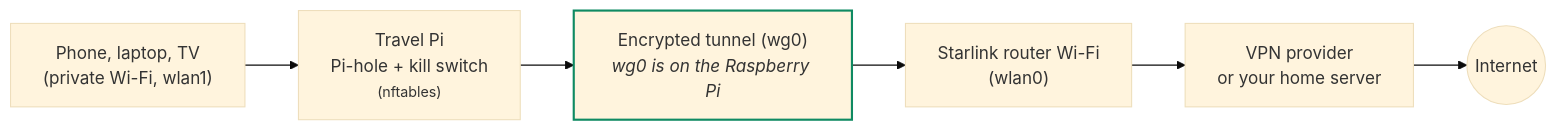
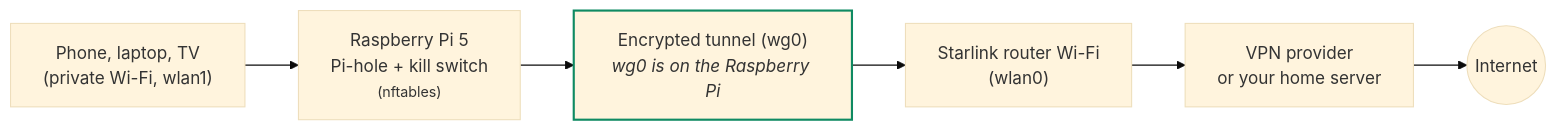
Before and after one commit to Tim-Conroy/RPi-Private-Router: the diagram in travel-vpn/README.md, drawn with Mermaid (base theme). The commit also changed other lines of this file, not shown here.

Commit message:
Name the Raspberry Pi 5 in the travel-vpn intro and diagram
Claude-Session: https://claude.ai/code/session_013daKFzbU3RtHrbJ1UgRqF6

````diff
--- a/travel-vpn/README.md
+++ b/travel-vpn/README.md
@@ -5,9 +5,9 @@
 ```mermaid
 flowchart LR
-    A["Phone, laptop, TV<br/>(private Wi-Fi, wlan1)"] --> B["Travel Pi<br/>Pi-hole + kill switch<br/><small>(nftables)</small>"]
+    A["Phone, laptop, TV<br/>(private Wi-Fi, wlan1)"] --> B["Raspberry Pi 5<br/>Pi-hole + kill switch<br/><small>(nftables)</small>"]
     B --> T["Encrypted tunnel (wg0)<br/><i>wg0 is on the Raspberry Pi</i>"]
     T --> C["Starlink router Wi-Fi<br/>(wlan0)"]
     C --> D["VPN provider<br/>or your home server"]
     D --> E((Internet))
     style T stroke:#0f8a62,stroke-width:2px
 ```
````
